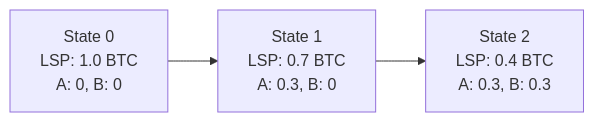
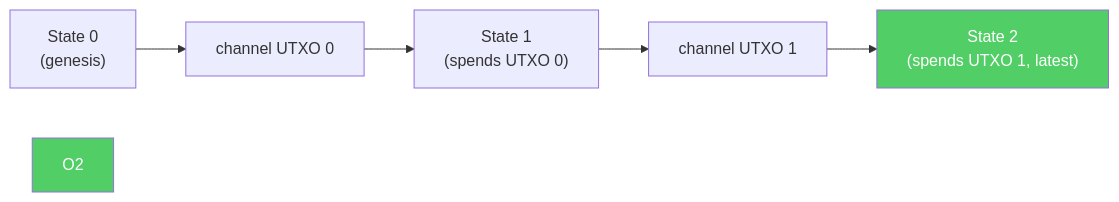
The diagram in extensions/pseudo-spilman-leaves.md (8144225309/superscalar-docs), drawn with Mermaid before and after one commit. The commit also changed other lines of this file and 23 other files, not shown here.

````diff
--- a/extensions/pseudo-spilman-leaves.md
+++ b/extensions/pseudo-spilman-leaves.md
@@ -57,5 +11,10 @@
 ```mermaid
 graph LR
-    S0["State 0<br/>LSP: 1.0 BTC<br/>A: 0, B: 0"] --> S1["State 1<br/>LSP: 0.7 BTC<br/>A: 0.3, B: 0"]
-    S1 --> S2["State 2<br/>LSP: 0.4 BTC<br/>A: 0.3, B: 0.3"]
+    S0["State 0<br/>(genesis)"] --> O0["channel UTXO 0"]
+    O0 --> S1["State 1<br/>(spends UTXO 0)"]
+    S1 --> O1["channel UTXO 1"]
+    O1 --> S2["State 2<br/>(spends UTXO 1, latest)"]
+
+    style S2 fill:#51cf66,color:#fff
+    style O2 fill:#51cf66,color:#fff
 ```
````
